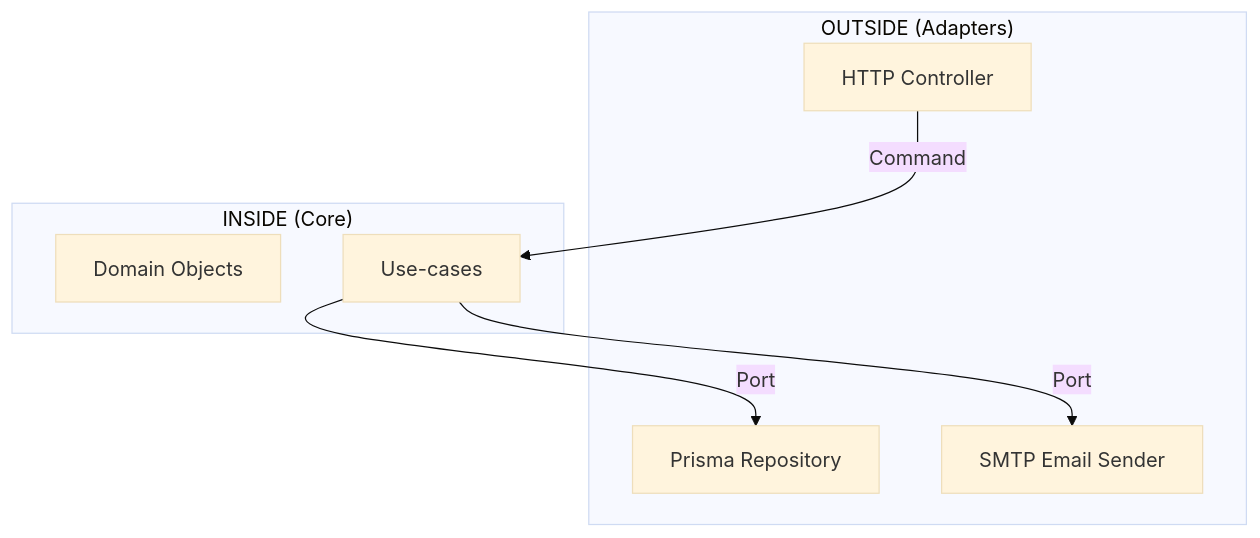
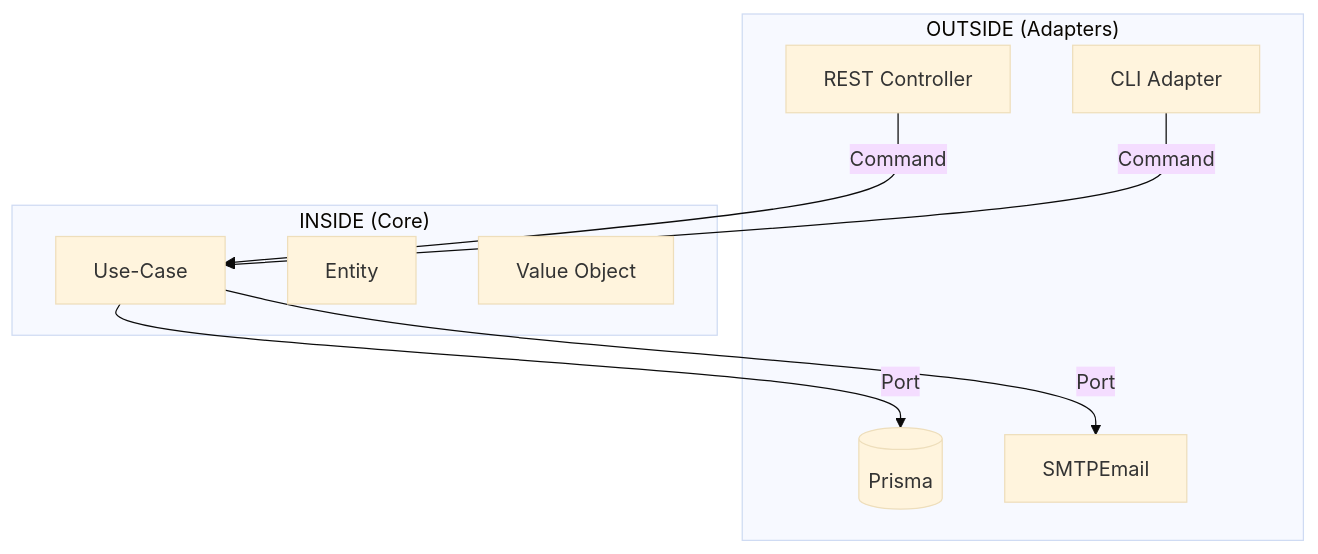
The first of 2 diagrams in docs/hexagonal-architecture.md (Kandriws/nestjs-hexagonal-auth), drawn with Mermaid before and after one commit. The commit also changed other lines of this file, not shown here.

Commit message:
refactor: update Hexagonal Architecture Handbook for clarity and structure

````diff
--- a/docs/hexagonal-architecture.md
+++ b/docs/hexagonal-architecture.md
@@ -36,18 +24,21 @@
 ```mermaid
 %%{init:{'theme':'base'}}%%
 graph TD
     subgraph "OUTSIDE (Adapters)"
-        A[HTTP Controller] 
-        B[Prisma Repository] 
-        C[SMTP Email Sender]
+        REST[REST Controller]
+        CLI[CLI Adapter]
+        DB[(Prisma)]
+        MAIL[SMTPEmail]
     end
     
     subgraph "INSIDE (Core)"
-        D[Domain Objects]
-        E[Use-cases]
+        UC[Use-Case]
+        ENT[Entity]
+        VO[Value Object]
     end
-
-    A -- Command --> E
-    E -- Port --> B
-    E -- Port --> C
+    
+    REST --Command--> UC
+    CLI --Command--> UC
+    UC --Port--> DB
+    UC --Port--> MAIL
 ```
````
